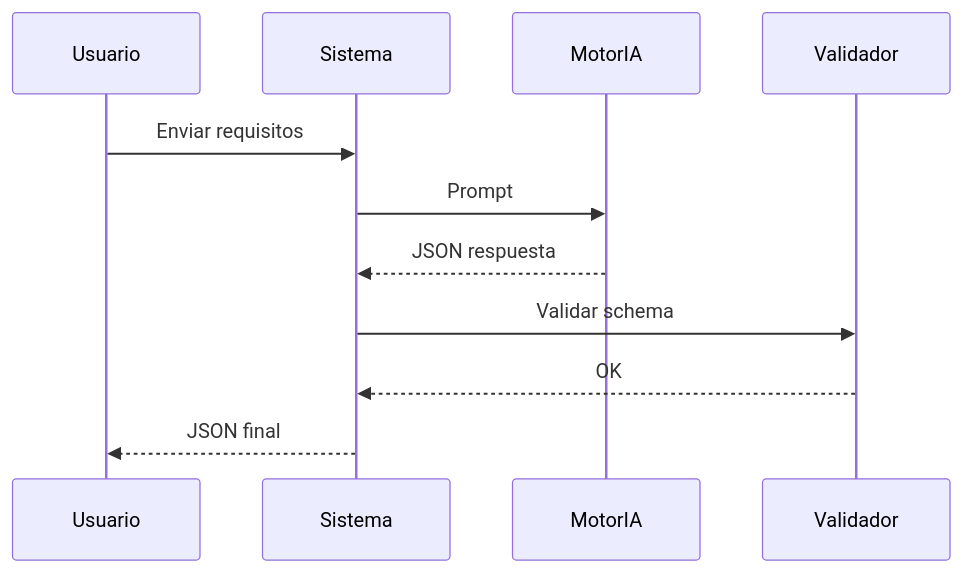
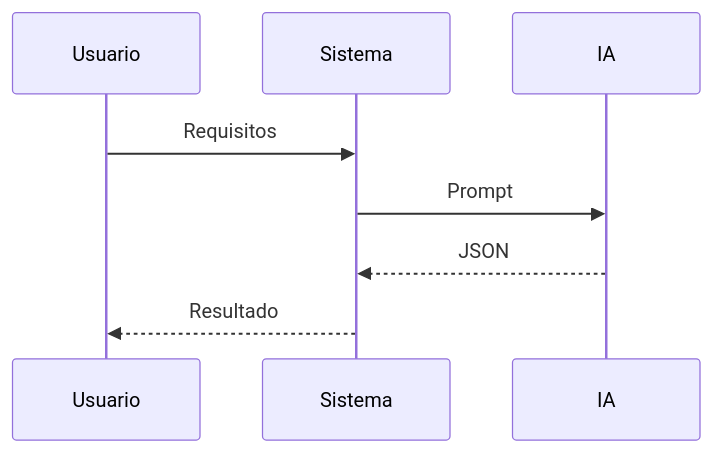
Before and after one commit to essancv/training: the diagram in analysis_ia/DOC3_BUSINESS_FLOWS.md, drawn with Mermaid. The commit also changed other lines of this file, not shown here.

````diff
--- a/analysis_ia/DOC3_BUSINESS_FLOWS.md
+++ b/analysis_ia/DOC3_BUSINESS_FLOWS.md
@@ -24,9 +22,7 @@
 ```mermaid
 sequenceDiagram
-Usuario->>Sistema: Enviar requisitos
-Sistema->>MotorIA: Prompt
-MotorIA-->>Sistema: JSON respuesta
-Sistema->>Validador: Validar schema
-Validador-->>Sistema: OK
-Sistema-->>Usuario: JSON final
+Usuario->>Sistema: Requisitos
+Sistema->>IA: Prompt
+IA-->>Sistema: JSON
+Sistema-->>Usuario: Resultado
 ```
````
